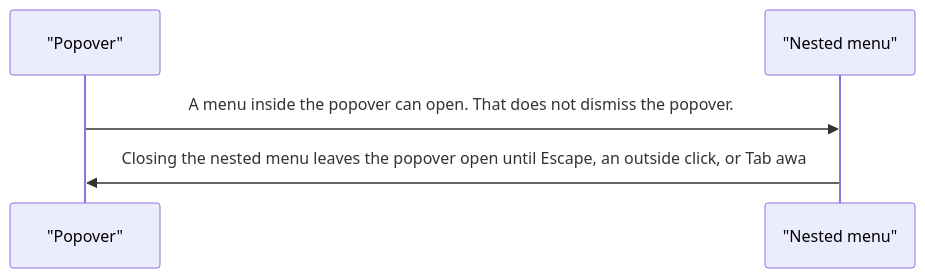
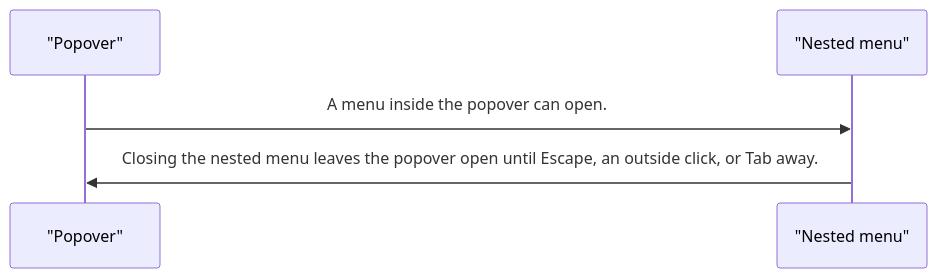
The fourth of 4 diagrams in projects/pixel-ui/src/lib/pixel-popover/DESIGN.md (RajshekharBorate/pixel-ui), drawn with Mermaid before and after one commit. The commit also changed other lines of this file and 80 other files, not shown here.

Commit message:
Fill missing design flows and correct the stories that did not match component behavior.

````diff
--- a/projects/pixel-ui/src/lib/pixel-popover/DESIGN.md
+++ b/projects/pixel-ui/src/lib/pixel-popover/DESIGN.md
@@ -73,7 +73,7 @@
 ```mermaid
 sequenceDiagram
   participant panel as "Popover"
   participant nested as "Nested menu"
-  panel->>nested: A menu inside the popover can open. That does not dismiss the popover.
-  nested->>panel: Closing the nested menu leaves the popover open until Escape, an outside click, or Tab awa
+  panel->>nested: A menu inside the popover can open.
+  nested->>panel: Closing the nested menu leaves the popover open until Escape, an outside click, or Tab away.
 ```
````
